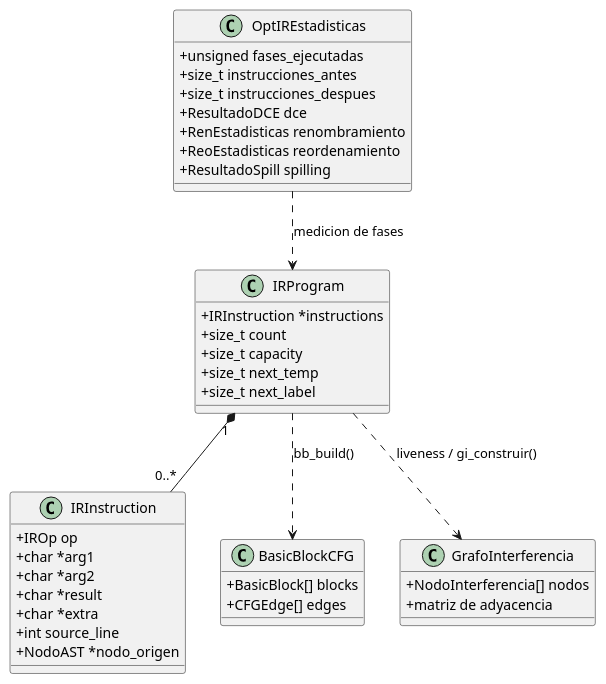
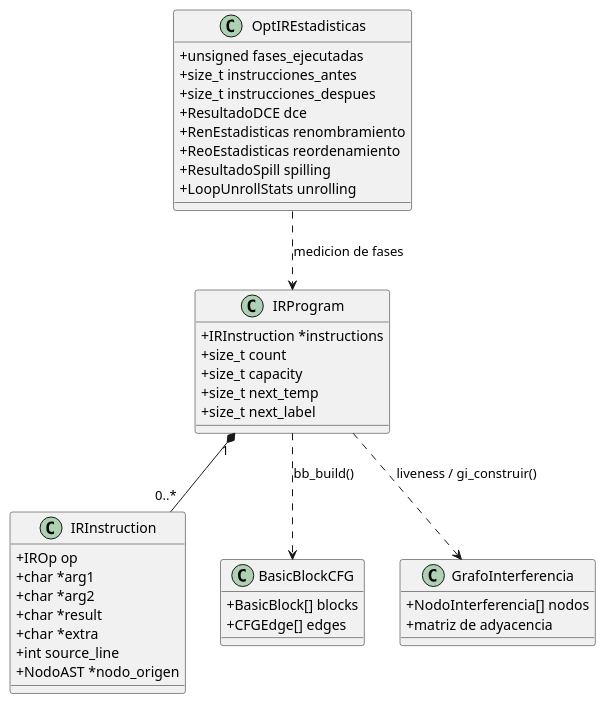
The diagram in proyecto-1/docs/proyecto-2/diagramas/diagrama_clases.puml (FabiMC040105/CompiladoresIIS2026), drawn with PlantUML before and after one commit. The commit also changed 8 other files, not shown here.

```diff
--- a/proyecto-1/docs/proyecto-2/diagramas/diagrama_clases.puml
+++ b/proyecto-1/docs/proyecto-2/diagramas/diagrama_clases.puml
@@ -1,40 +1,41 @@
 @startuml
 skinparam classAttributeIconSize 0
 class IRProgram {
   +IRInstruction *instructions
   +size_t count
   +size_t capacity
   +size_t next_temp
   +size_t next_label
 }
 class IRInstruction {
   +IROp op
   +char *arg1
   +char *arg2
   +char *result
   +char *extra
   +int source_line
   +NodoAST *nodo_origen
 }
 class BasicBlockCFG {
   +BasicBlock[] blocks
   +CFGEdge[] edges
 }
 class GrafoInterferencia {
   +NodoInterferencia[] nodos
   +matriz de adyacencia
 }
 class OptIREstadisticas {
   +unsigned fases_ejecutadas
   +size_t instrucciones_antes
   +size_t instrucciones_despues
   +ResultadoDCE dce
   +RenEstadisticas renombramiento
   +ReoEstadisticas reordenamiento
   +ResultadoSpill spilling
+  +LoopUnrollStats unrolling
 }
 IRProgram "1" *-- "0..*" IRInstruction
 IRProgram ..> BasicBlockCFG : bb_build()
 IRProgram ..> GrafoInterferencia : liveness / gi_construir()
 OptIREstadisticas ..> IRProgram : medicion de fases
 @enduml
```
